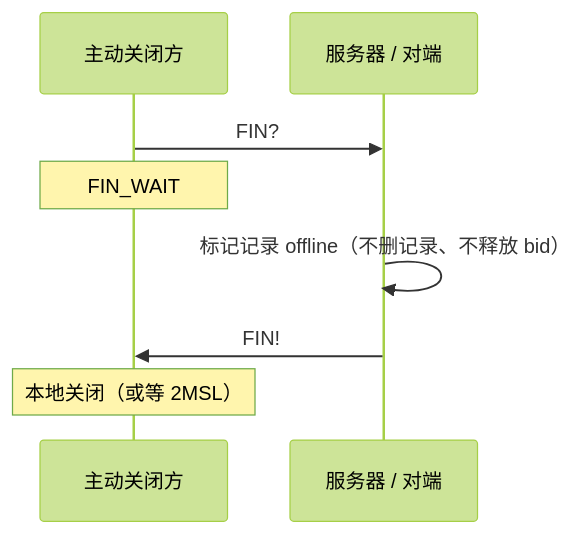
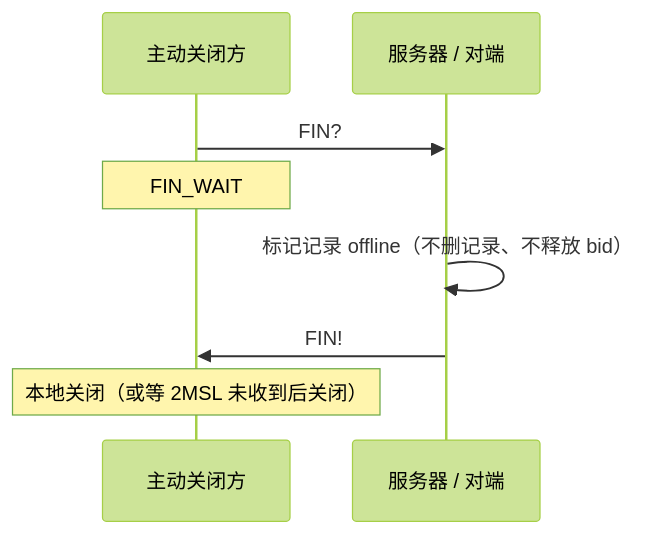
The third of 4 diagrams in docs/workflow.md (moky/magpie), drawn with Mermaid (forest theme) before and after one commit. The commit also changed other lines of this file and 9 other files, not shown here.

````diff
--- a/docs/workflow.md
+++ b/docs/workflow.md
@@ -92,10 +102,10 @@
 ```mermaid
 sequenceDiagram
     participant A as 主动关闭方
     participant S as 服务器 / 对端
     A->>S: FIN?
     Note over A: FIN_WAIT
     S->>S: 标记记录 offline（不删记录、不释放 bid）
     S->>A: FIN!
-    Note over A: 本地关闭（或等 2MSL）
+    Note over A: 本地关闭（或等 2MSL 未收到后关闭）
 ```
````
